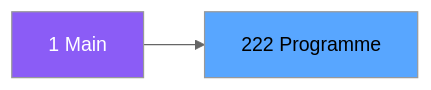
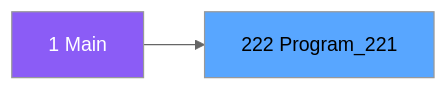
One commit to thonyAGP/magic-migration changed the second of 3 diagrams in .openspec/specs/ADH-IDE-222.md. Above: the diagram before and after it, drawn with Mermaid (neutral theme). The commit also changed other lines of this file and 323 other files, not shown here.

````diff
--- a/.openspec/specs/ADH-IDE-222.md
+++ b/.openspec/specs/ADH-IDE-222.md
@@ -98,8 +105,8 @@
 ```mermaid
 graph LR
     M[1 Main]
-    T[222 Programme]
+    T[222 Program_221]
     M --> T
     style M fill:#8b5cf6,color:#fff
     style T fill:#58a6ff,color:#000
 ```
````
